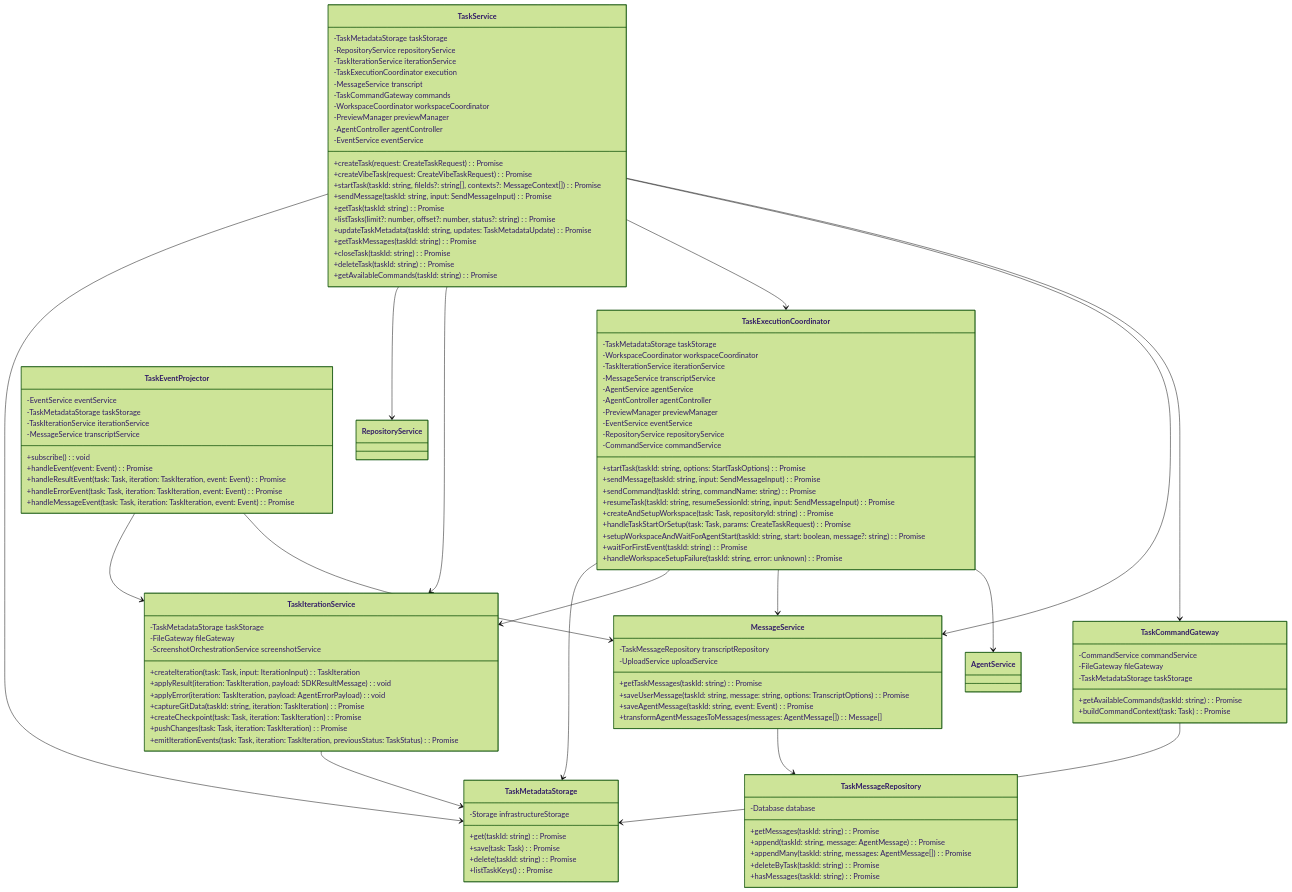
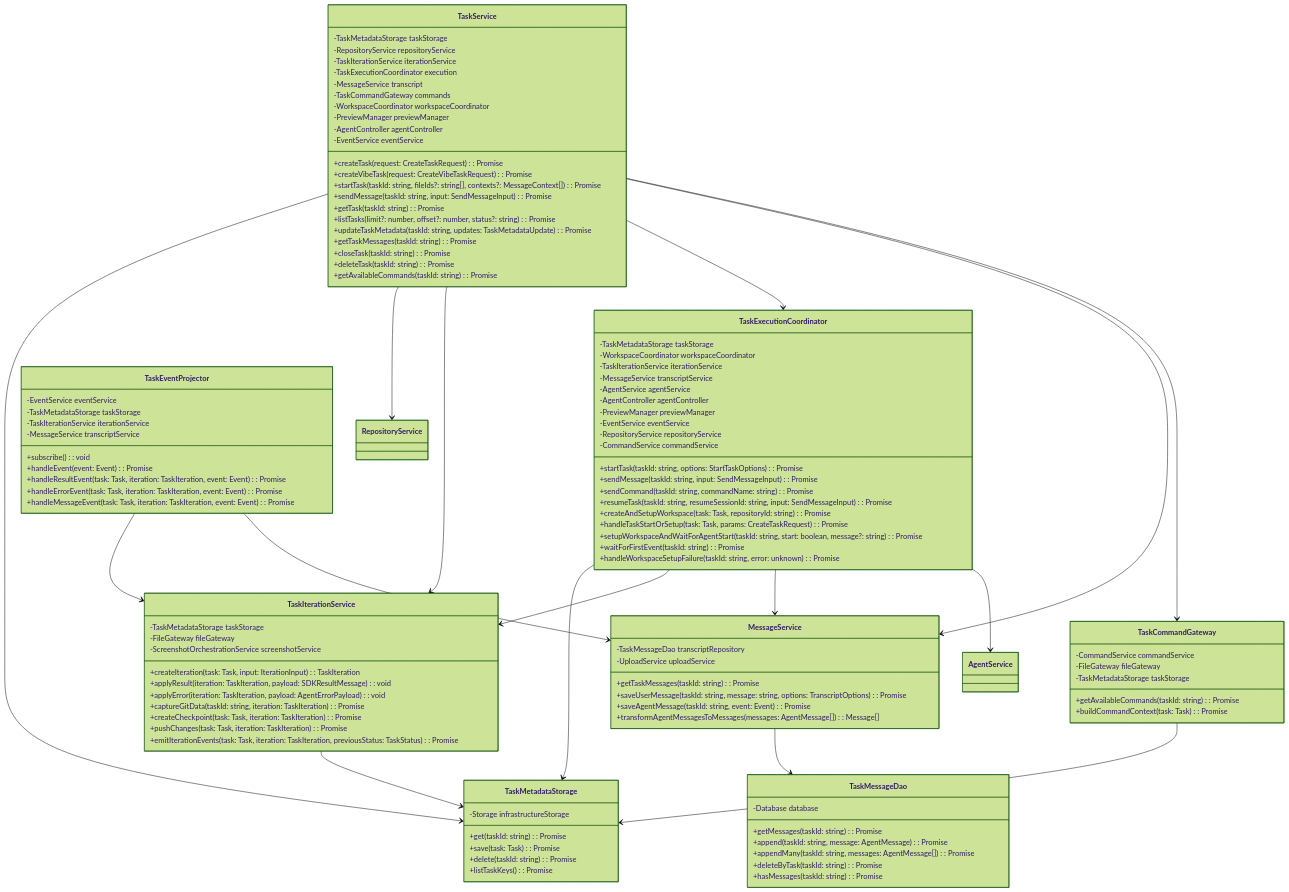
One commit to aorwall/moatless changed the second of 4 diagrams in docs/architecture/tasks-feature.md. Above: the diagram before and after it, drawn with Mermaid (forest theme). The commit also changed other lines of this file and 122 other files, not shown here.

````diff
--- a/docs/architecture/tasks-feature.md
+++ b/docs/architecture/tasks-feature.md
@@ -281,7 +281,7 @@
     }
 
     class MessageService {
-      -TaskMessageRepository transcriptRepository
+      -TaskMessageDao transcriptRepository
       -UploadService uploadService
       +getTaskMessages(taskId: string): Promise<Message[]>
       +saveUserMessage(taskId: string, message: string, options: TranscriptOptions): Promise<void>
@@ -305,7 +305,7 @@
       +listTaskKeys(): Promise<string[]>
     }
 
-    class TaskMessageRepository {
+    class TaskMessageDao {
       -Database database
       +getMessages(taskId: string): Promise<AgentMessage[]>
       +append(taskId: string, message: AgentMessage): Promise<void>
@@ -327,6 +327,6 @@
     TaskExecutionCoordinator --> AgentService
     TaskEventProjector --> TaskIterationService
     TaskEventProjector --> MessageService
-    MessageService --> TaskMessageRepository
+    MessageService --> TaskMessageDao
     TaskCommandGateway --> TaskMetadataStorage
 ```
````
